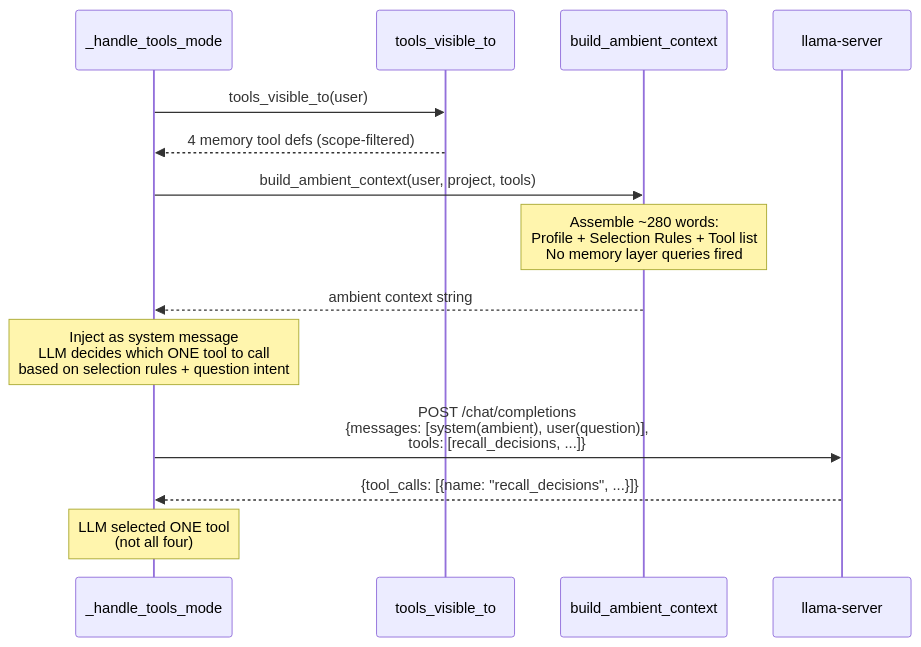
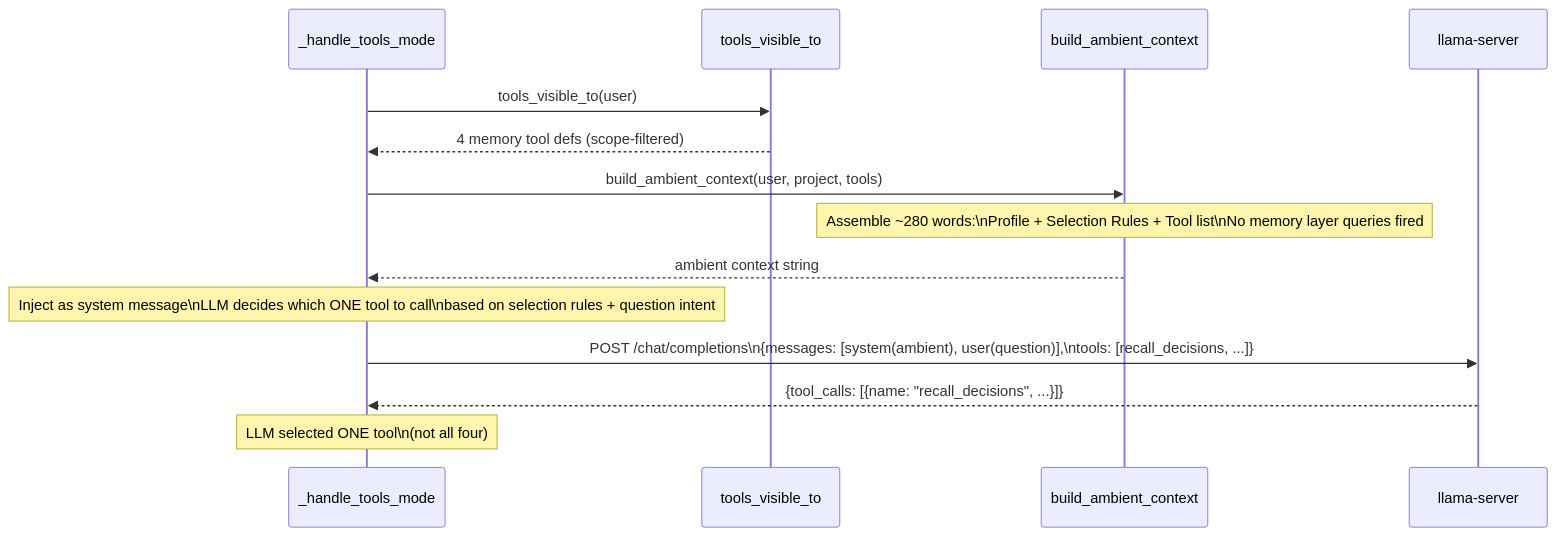
The third of 3 diagrams in docs/architecture/sequence-context-build.md (lfdesousa/AuditTrace-AI), drawn with Mermaid before and after one commit. The commit also changed other lines of this file and 4 other files, not shown here.

First line of the commit message:
fix(docs): replace HTML br tags with Mermaid newlines in sequence diagrams

````diff
--- a/docs/architecture/sequence-context-build.md
+++ b/docs/architecture/sequence-context-build.md
@@ -109,24 +109,24 @@
 ```mermaid
 sequenceDiagram
     participant Handler as _handle_tools_mode
     participant Registry as tools_visible_to
     participant Builder as build_ambient_context
     participant LLM as llama-server
 
     Handler->>Registry: tools_visible_to(user)
     Registry-->>Handler: 4 memory tool defs (scope-filtered)
 
     Handler->>Builder: build_ambient_context(user, project, tools)
 
-    Note over Builder: Assemble ~280 words:<br/>Profile + Selection Rules + Tool list<br/>No memory layer queries fired
+    Note over Builder: Assemble ~280 words:\nProfile + Selection Rules + Tool list\nNo memory layer queries fired
 
     Builder-->>Handler: ambient context string
 
-    Note over Handler: Inject as system message<br/>LLM decides which ONE tool to call<br/>based on selection rules + question intent
+    Note over Handler: Inject as system message\nLLM decides which ONE tool to call\nbased on selection rules + question intent
 
-    Handler->>LLM: POST /chat/completions<br/>{messages: [system(ambient), user(question)],<br/>tools: [recall_decisions, ...]}
+    Handler->>LLM: POST /chat/completions\n{messages: [system(ambient), user(question)],\ntools: [recall_decisions, ...]}
 
     LLM-->>Handler: {tool_calls: [{name: "recall_decisions", ...}]}
 
-    Note over Handler: LLM selected ONE tool<br/>(not all four)
+    Note over Handler: LLM selected ONE tool\n(not all four)
 ```
````
